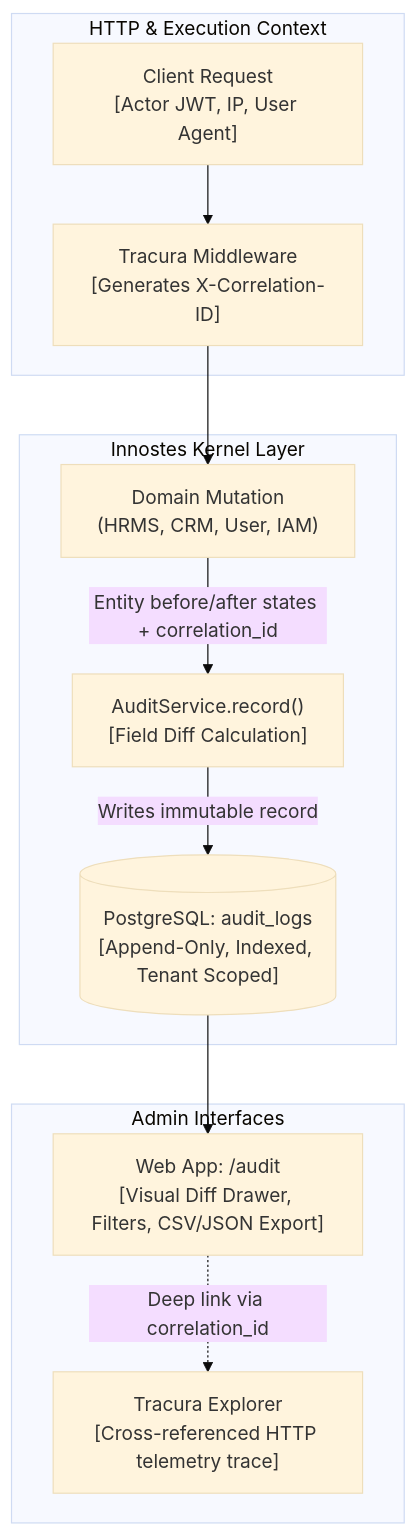
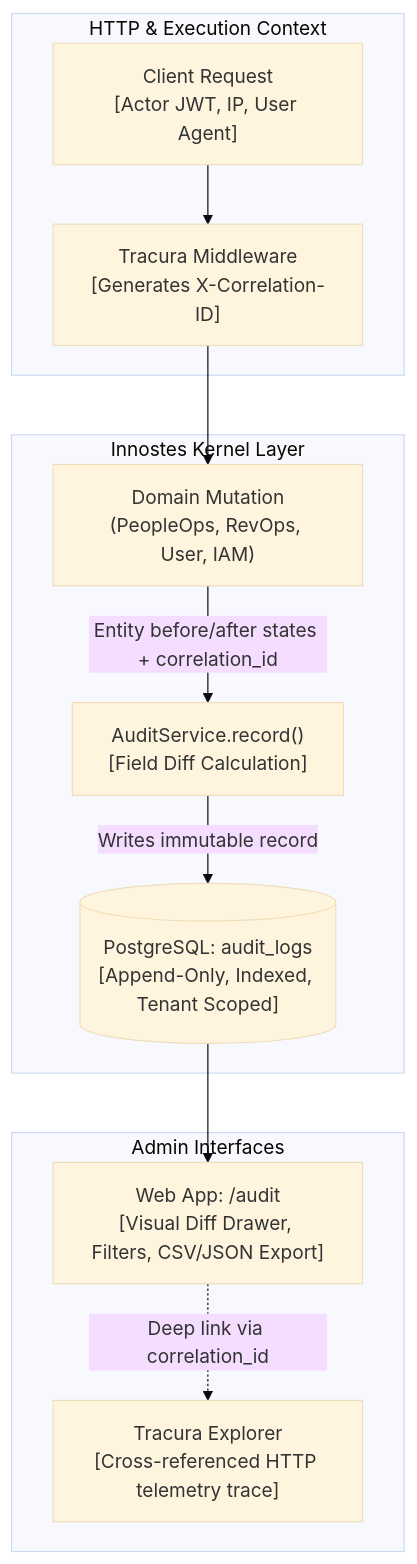
One commit to innostes-dev/erp changed the diagram in apps/landing/content/dev-docs/architecture/audit-trail.mdx. Above: the diagram before and after it, drawn with Mermaid (base theme). The commit also changed 189 other files, not shown here.

Commit message:
feat(modules): adopt hybrid naming convention, implement 7 module dashboards, and remove legacy CRM/HRMS identifiers

````diff
--- a/apps/landing/content/dev-docs/architecture/audit-trail.mdx
+++ b/apps/landing/content/dev-docs/architecture/audit-trail.mdx
@@ -23,25 +23,25 @@
 ```mermaid
 flowchart TD
   subgraph RequestContext["HTTP & Execution Context"]
     ClientReq["Client Request\n[Actor JWT, IP, User Agent]"]
     TracuraMid["Tracura Middleware\n[Generates X-Correlation-ID]"]
   end
 
   subgraph KernelEngine["Innostes Kernel Layer"]
-    DomainAction["Domain Mutation\n(HRMS, CRM, User, IAM)"]
+    DomainAction["Domain Mutation\n(PeopleOps, RevOps, User, IAM)"]
     AuditService["AuditService.record()\n[Field Diff Calculation]"]
     AuditLedger[("PostgreSQL: audit_logs\n[Append-Only, Indexed, Tenant Scoped]")]
   end
 
   subgraph Presentation["Admin Interfaces"]
     AdminPanel["Web App: /audit\n[Visual Diff Drawer, Filters, CSV/JSON Export]"]
     TracuraTrace["Tracura Explorer\n[Cross-referenced HTTP telemetry trace]"]
   end
 
   ClientReq --> TracuraMid
   TracuraMid --> DomainAction
   DomainAction -->|Entity before/after states + correlation_id| AuditService
   AuditService -->|Writes immutable record| AuditLedger
   AuditLedger --> AdminPanel
   AdminPanel -.->|Deep link via correlation_id| TracuraTrace
 ```
````
